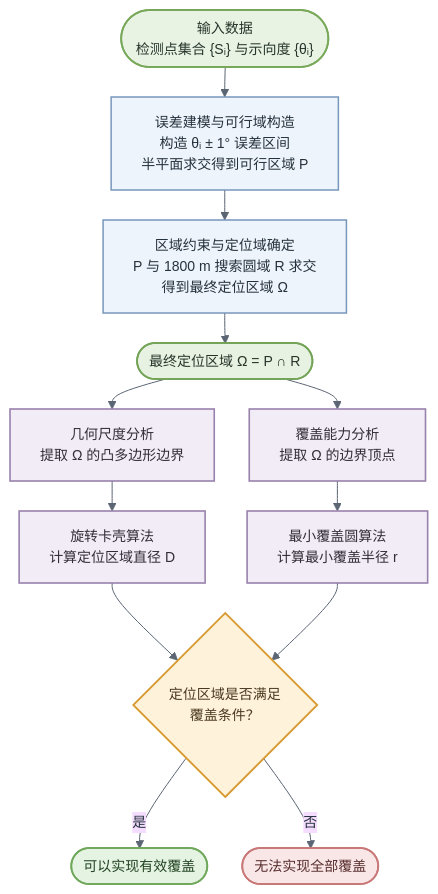
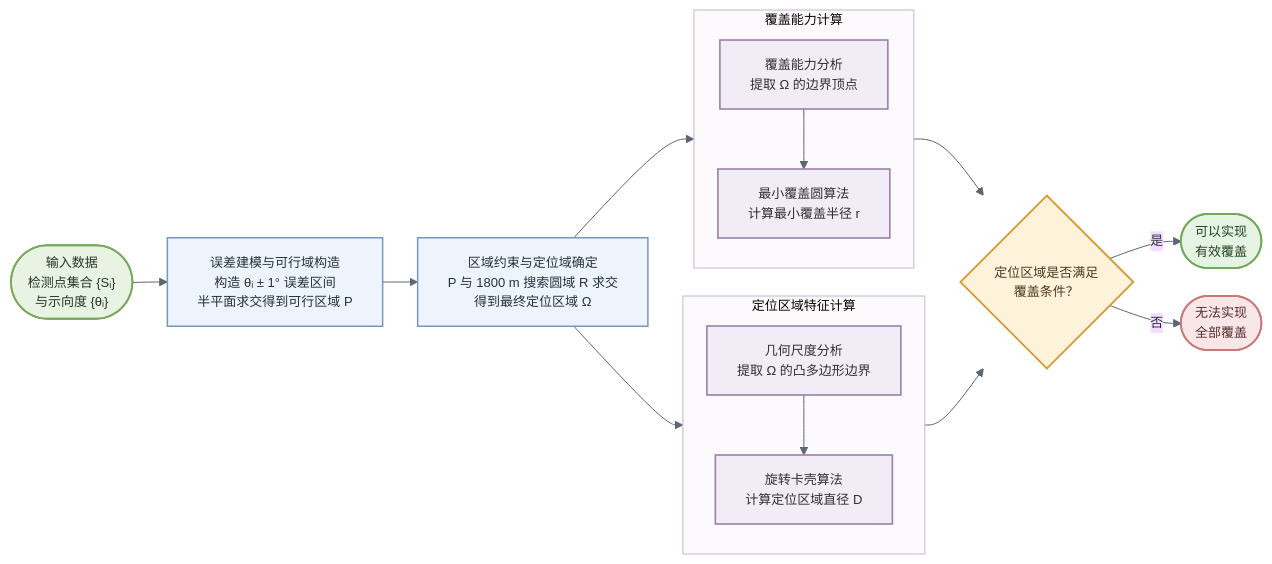
One commit to Kristine922/iodraw-files changed the diagram in all/未命名.md. Above: the diagram before and after it, drawn with Mermaid.

Commit message:
2026-09-11 18:49:09 update

````diff
--- a/all/未命名.md
+++ b/all/未命名.md
@@ -3,63 +3,90 @@
   "theme": "base",
   "themeVariables": {
     "fontFamily": "Microsoft YaHei, SimHei, Arial",
-    "fontSize": "14px",
+    "fontSize": "13px",
     "lineColor": "#5B6573",
     "primaryTextColor": "#25313C"
   },
   "flowchart": {
     "curve": "basis",
-    "nodeSpacing": 35,
-    "rankSpacing": 30
+    "nodeSpacing": 28,
+    "rankSpacing": 35
   }
 }}%%
 
-flowchart TB
+flowchart LR
 
-A(["输入数据<br/>检测点集合 {Sᵢ} 与示向度 {θᵢ}"])
+%% =========================
+%% 左侧：定位区域构造
+%% =========================
+A(["输入数据<br/>检测点集合 {Sᵢ}<br/>与示向度 {θᵢ}"])
 
 B["误差建模与可行域构造<br/>构造 θᵢ ± 1° 误差区间<br/>半平面求交得到可行区域 P"]
 
 C["区域约束与定位域确定<br/>P 与 1800 m 搜索圆域 R 求交<br/>得到最终定位区域 Ω"]
-F(["最终定位区域 Ω = P ∩ R"])
 
-A --> B --> C  --> F
+A --> B --> C
 
-%% 算法并行部分
-F --> G
-F --> H
+
+%% =========================
+%% 中部：两类算法并行
+%% =========================
+C --> G
+C --> H
+
+subgraph S1["定位区域特征计算"]
+direction TB
 
 G["几何尺度分析<br/>提取 Ω 的凸多边形边界"]
+
 I["旋转卡壳算法<br/>计算定位区域直径 D"]
 
+G --> I
+
+end
+
+
+subgraph S2["覆盖能力计算"]
+direction TB
+
 H["覆盖能力分析<br/>提取 Ω 的边界顶点"]
+
 J["最小覆盖圆算法<br/>计算最小覆盖半径 r"]
 
-G --> I
 H --> J
 
+end
+
+
+%% =========================
+%% 右侧：汇总判定
+%% =========================
 I --> K
 J --> K
 
 K{"定位区域是否满足<br/>覆盖条件？"}
 
-K -- "是" --> L(["可以实现有效覆盖"])
-K -- "否" --> M(["无法实现全部覆盖"])
+K -- "是" --> L(["可以实现<br/>有效覆盖"])
+K -- "否" --> M(["无法实现<br/>全部覆盖"])
 
 
+%% =========================
+%% 样式
+%% =========================
 classDef inputNode fill:#E9F3E4,stroke:#78A95A,stroke-width:1.8px,color:#26352A;
 classDef processNode fill:#EEF4FB,stroke:#7897BD,stroke-width:1.5px,color:#25313C;
 classDef algoNode fill:#F1ECF5,stroke:#9881AC,stroke-width:1.6px,color:#332D38;
-classDef resultNode fill:#E8F2E2,stroke:#73A457,stroke-width:1.8px,color:#26352A;
 classDef decisionNode fill:#FFF2DA,stroke:#D79B32,stroke-width:1.8px,color:#4A3920;
 classDef successNode fill:#E4F3E2,stroke:#70A85C,stroke-width:1.8px,color:#234322;
 classDef failNode fill:#F9E7E7,stroke:#C97878,stroke-width:1.8px,color:#572D2D;
 
 class A inputNode;
-class B,C,D,E processNode;
-class F resultNode;
+class B,C processNode;
 class G,H,I,J algoNode;
 class K decisionNode;
 class L successNode;
 class M failNode;
+
+style S1 fill:#FCFAFD,stroke:#C6B6D2,stroke-width:1px
+style S2 fill:#FCFAFD,stroke:#C6B6D2,stroke-width:1px
 ```
````
